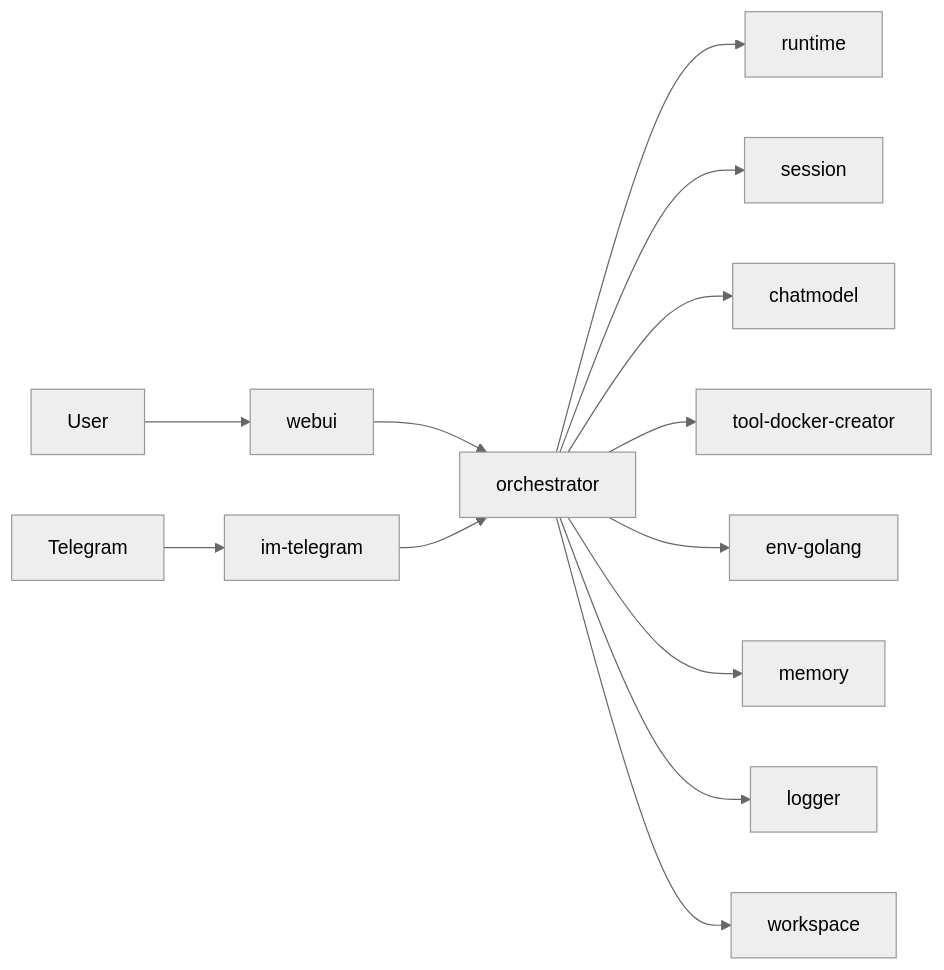
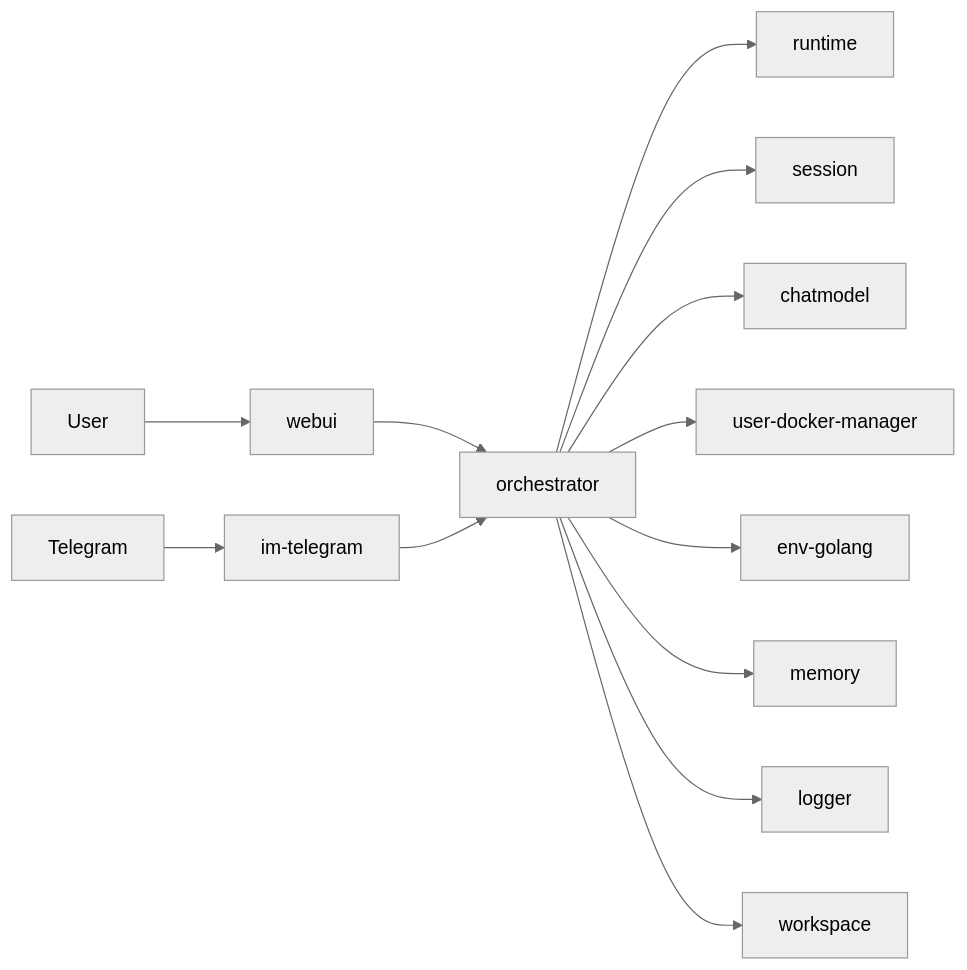
The diagram in README.en.md (WhaleMesh/WhaleBot), drawn with Mermaid (neutral theme) before and after one commit. The commit also changed other lines of this file and 27 other files, not shown here.

First line of the commit message:
refactor: replace tool-docker-creator with user-docker-manager for enhanced container management

````diff
--- a/README.en.md
+++ b/README.en.md
@@ -18,15 +18,15 @@
 ```mermaid
 flowchart LR
   user["User"] --> webui["webui"]
   tg["Telegram"] --> imTelegram["im-telegram"]
   webui --> orchestrator["orchestrator"]
   imTelegram --> orchestrator
   orchestrator --> runtime["runtime"]
   orchestrator --> session["session"]
   orchestrator --> chatmodel["chatmodel"]
-  orchestrator --> toolDocker["tool-docker-creator"]
+  orchestrator --> toolDocker["user-docker-manager"]
   orchestrator --> envGolang["env-golang"]
   orchestrator --> memory["memory"]
   orchestrator --> logger["logger"]
   orchestrator --> workspace["workspace"]
 ```
````
